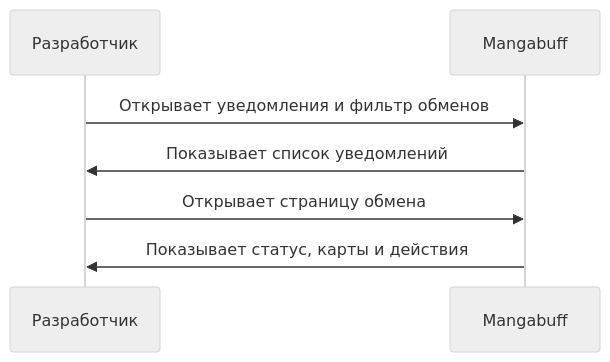
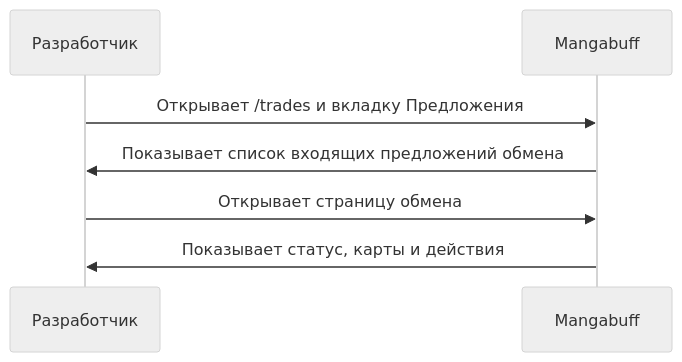
One commit to ElderlyDachshund/MangaBaryga changed the first of 11 diagrams in prd.md. Above: the diagram before and after it, drawn with Mermaid (neutral theme). The commit also changed other lines of this file, not shown here.

````diff
--- a/prd.md
+++ b/prd.md
@@ -115,9 +136,9 @@
     ```mermaid
     sequenceDiagram
         participant Dev as Разработчик
         participant Site as Mangabuff
-        Dev->>Site: Открывает уведомления и фильтр обменов
-        Site->>Dev: Показывает список уведомлений
+        Dev->>Site: Открывает /trades и вкладку Предложения
+        Site->>Dev: Показывает список входящих предложений обмена
         Dev->>Site: Открывает страницу обмена
         Site->>Dev: Показывает статус, карты и действия
     ```
````
